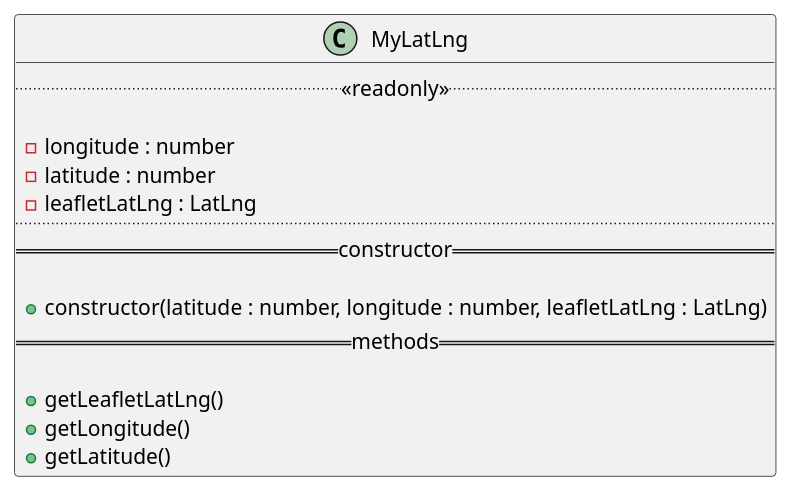
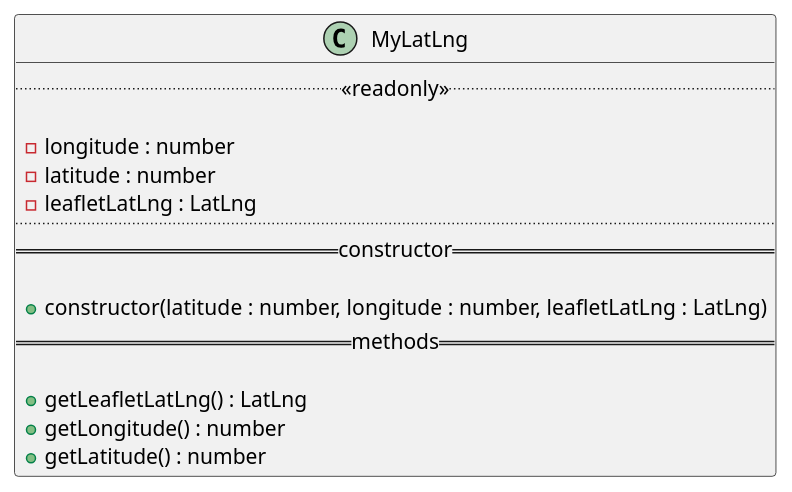
Before and after one commit to GruppOne/stalker-web-app: the diagram in docs/diagrams/classes/Place/MyLatLng.pu, drawn with PlantUML. The commit also changed 16 other files, not shown here.

```diff
--- a/docs/diagrams/classes/Place/MyLatLng.pu
+++ b/docs/diagrams/classes/Place/MyLatLng.pu
@@ -1,18 +1,18 @@
 @startuml MyLatLng Diagram
 class MyLatLng {
   ..<<readonly>>..
 
   - longitude : number
   - latitude : number
   - leafletLatLng : LatLng
   ....
   ==constructor==
 
   + constructor(latitude : number, longitude : number, leafletLatLng : LatLng)
   ==methods==
 
-  + getLeafletLatLng()
-  + getLongitude()
-  + getLatitude()
+  + getLeafletLatLng() : LatLng
+  + getLongitude() : number
+  + getLatitude() : number
 }
 @enduml
```
